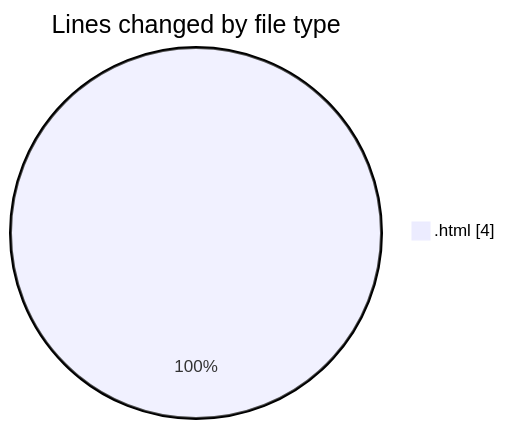
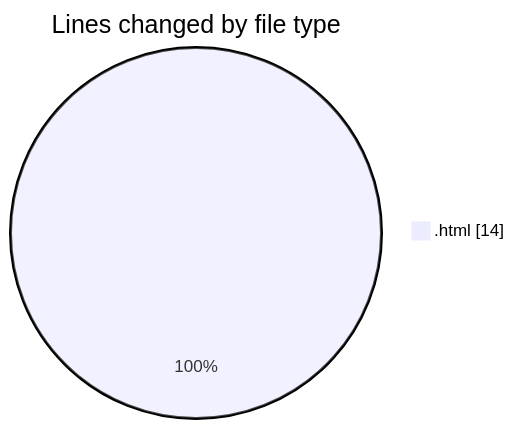
Before and after one commit to LanceThiago/code-tracking: the first of 2 diagrams in 2025-04-25/enre_-_calculadora_de_consumo_v_2022_files/README.md, drawn with Mermaid. The commit also changed other lines of this file and 1 other file, not shown here.

````diff
--- a/2025-04-25/enre_-_calculadora_de_consumo_v_2022_files/README.md
+++ b/2025-04-25/enre_-_calculadora_de_consumo_v_2022_files/README.md
@@ -20,5 +20,5 @@
 ```mermaid
 pie showData
 title Lines changed by file type
-".html" : 4
+".html" : 14
 ```
````
